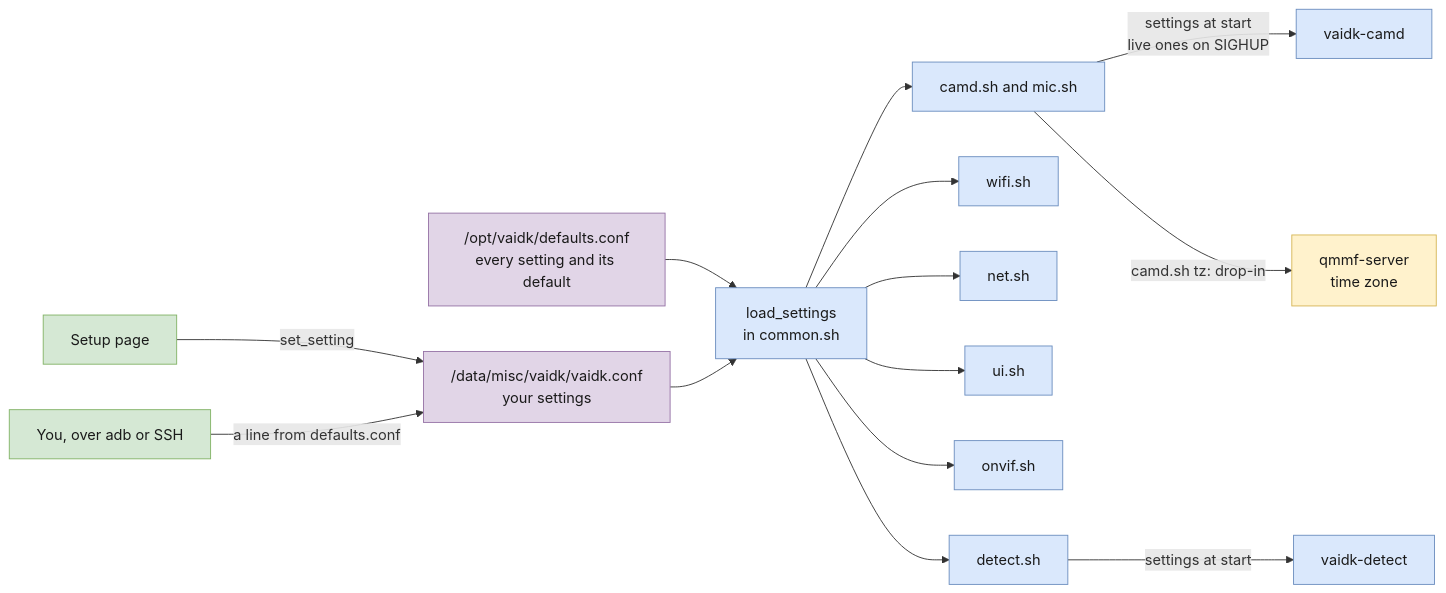
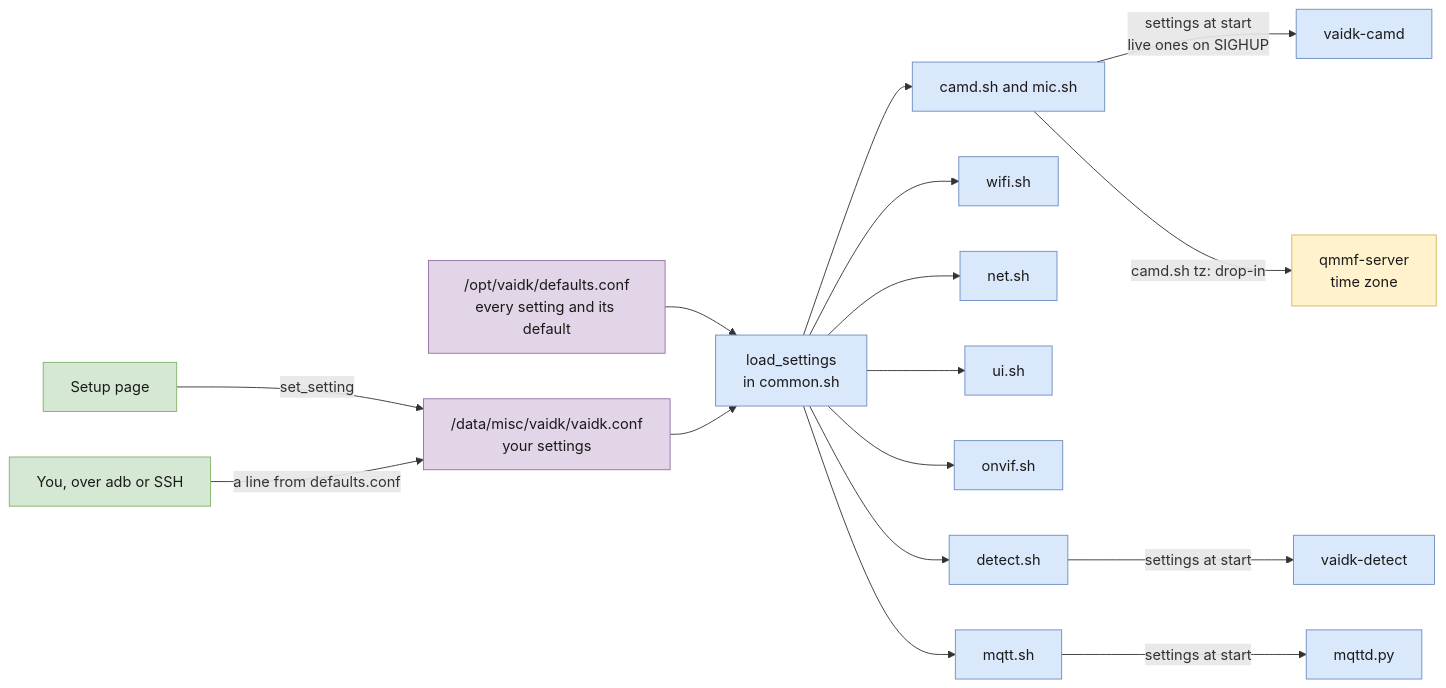
Before and after one commit to howardginsburg/VisionAIDevKitRTSP: the seventh of 10 diagrams in ARCHITECTURE.md, drawn with Mermaid. The commit also changed other lines of this file and 16 other files, not shown here.

````diff
--- a/ARCHITECTURE.md
+++ b/ARCHITECTURE.md
@@ -291,24 +299,26 @@
 ```mermaid
 flowchart LR
     defaults["/opt/vaidk/defaults.conf<br/>every setting and its default"] --> load["load_settings<br/>in common.sh"]
     conf["/data/misc/vaidk/vaidk.conf<br/>your settings"] --> load
     page["Setup page"] -- "set_setting" --> conf
     hand["You, over adb or SSH"] -- "a line from defaults.conf" --> conf
     load --> camd["camd.sh and mic.sh"]
     load --> wifi["wifi.sh"]
     load --> net["net.sh"]
     load --> ui["ui.sh"]
     load --> onvif["onvif.sh"]
     load --> detsh["detect.sh"]
+    load --> mqttsh["mqtt.sh"]
     camd -- "settings at start<br/>live ones on SIGHUP" --> prog["vaidk-camd"]
     camd -- "camd.sh tz: drop-in" --> qmmf["qmmf-server<br/>time zone"]
     detsh -- "settings at start" --> det["vaidk-detect"]
+    mqttsh -- "settings at start" --> mq["mqttd.py"]
     classDef use fill:#d5e8d4,stroke:#82b366,color:#1a1a1a
     classDef data fill:#e1d5e7,stroke:#9673a6,color:#1a1a1a
     classDef mod fill:#dae8fc,stroke:#6c8ebf,color:#1a1a1a
     classDef os fill:#fff2cc,stroke:#d6b656,color:#1a1a1a
     class page,hand use
     class defaults,conf data
-    class load,camd,wifi,net,ui,onvif,detsh,prog,det mod
+    class load,camd,wifi,net,ui,onvif,detsh,mqttsh,prog,det,mq mod
     class qmmf os
 ```
````
